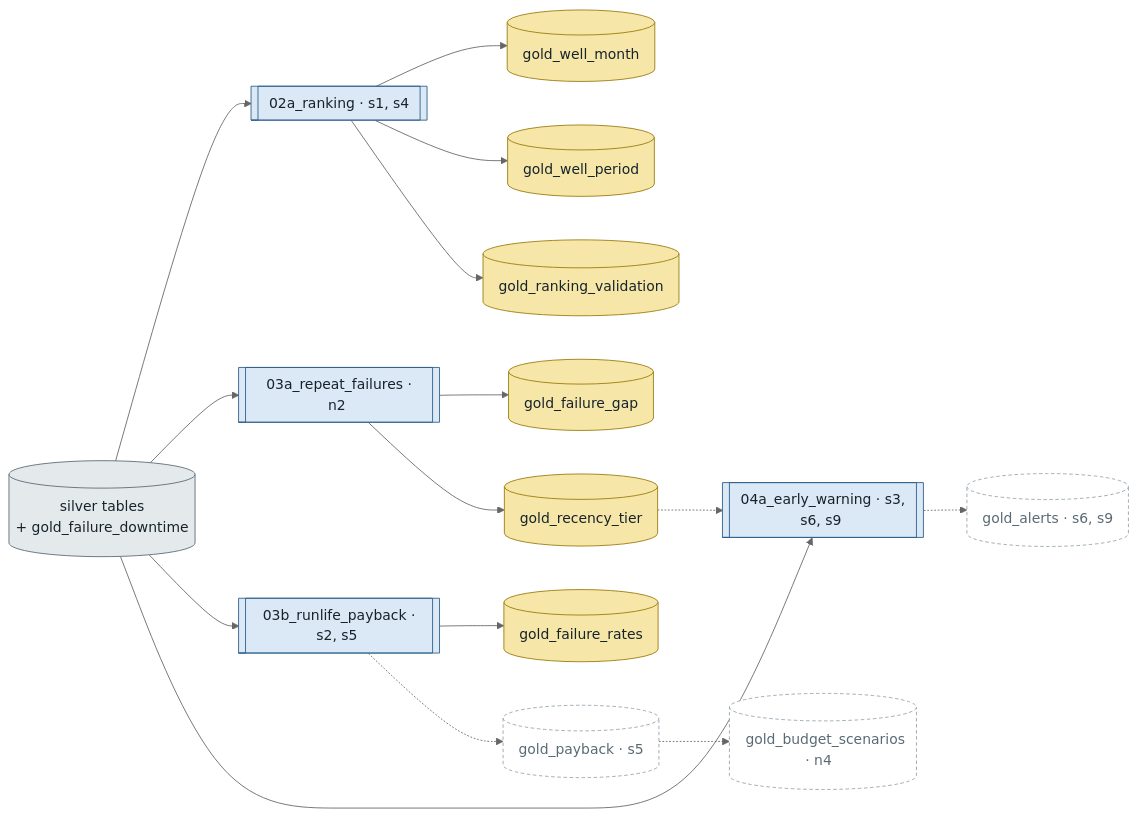
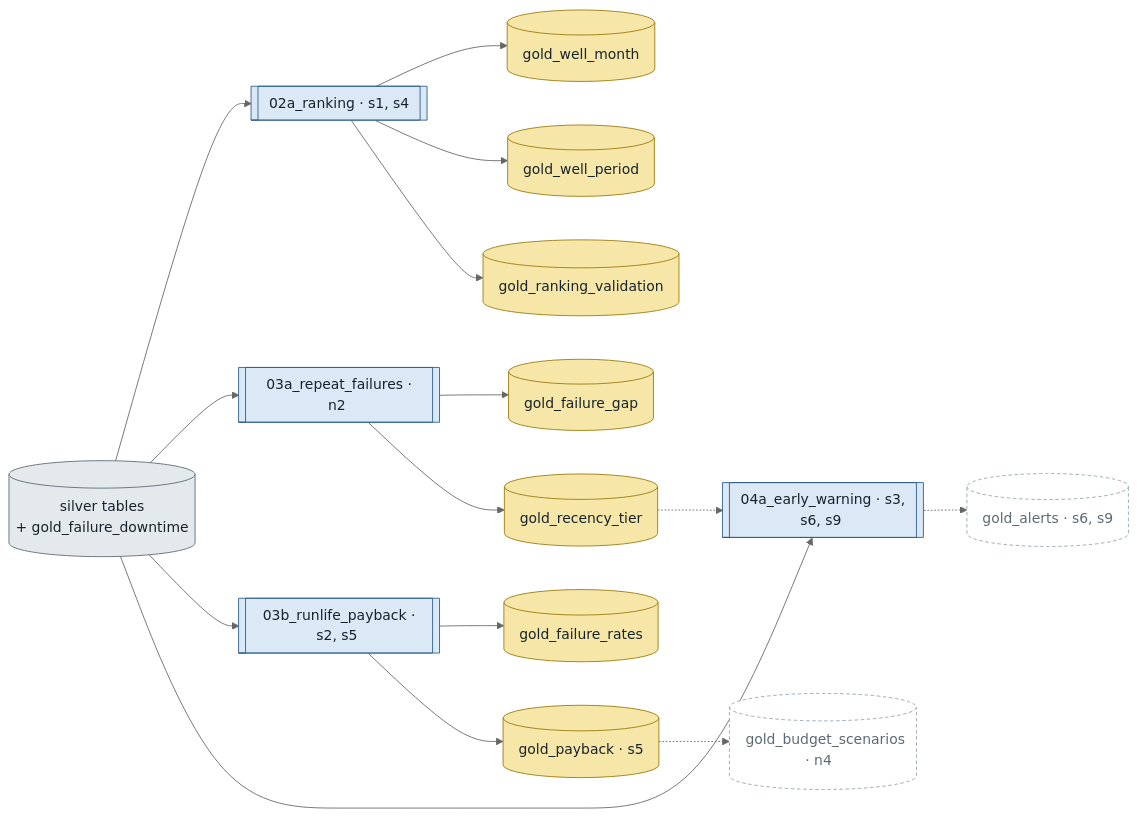
The third of 4 diagrams in docs/notebooks_and_data_flow.md (Angie629/dsmlc2026), drawn with Mermaid (neutral theme) before and after one commit. The commit also changed other lines of this file and 4 other files, not shown here.

````diff
--- a/docs/notebooks_and_data_flow.md
+++ b/docs/notebooks_and_data_flow.md
@@ -129,31 +129,31 @@
 ```mermaid
 flowchart LR
   classDef silver fill:#e4e9ec,stroke:#5a6a74,color:#17232b
   classDef gold fill:#f6e7a8,stroke:#9a7a0a,color:#17232b
   classDef nb fill:#dbe8f5,stroke:#2c5d8a,color:#17232b
   classDef planned fill:#ffffff,stroke:#93a3ad,color:#5a6a74,stroke-dasharray: 4 3
 
   SIL[("#nbsp;#nbsp;silver tables#nbsp;#nbsp;<br>+ gold_failure_downtime")]:::silver
 
   N2[["#nbsp;02a_ranking · s1, s4#nbsp;"]]:::nb
   N3a[["#nbsp;03a_repeat_failures · n2#nbsp;"]]:::nb
   N3b[["#nbsp;03b_runlife_payback · s2, s5#nbsp;"]]:::nb
   N4[["#nbsp;04a_early_warning · s3, s6, s9#nbsp;"]]:::nb
 
   GWM[("#nbsp;#nbsp;gold_well_month#nbsp;#nbsp;")]:::gold
   GWP[("#nbsp;#nbsp;gold_well_period#nbsp;#nbsp;")]:::gold
   GRV[("#nbsp;#nbsp;gold_ranking_validation#nbsp;#nbsp;")]:::gold
   GFG[("#nbsp;#nbsp;gold_failure_gap#nbsp;#nbsp;")]:::gold
   GRT[("#nbsp;#nbsp;gold_recency_tier#nbsp;#nbsp;")]:::gold
   GFR[("#nbsp;#nbsp;gold_failure_rates#nbsp;#nbsp;")]:::gold
-  GPB[("#nbsp;#nbsp;gold_payback · s5#nbsp;#nbsp;")]:::planned
+  GPB[("#nbsp;#nbsp;gold_payback · s5#nbsp;#nbsp;")]:::gold
   GBS[("#nbsp;#nbsp;gold_budget_scenarios · n4#nbsp;#nbsp;")]:::planned
   GAL[("#nbsp;#nbsp;gold_alerts · s6, s9#nbsp;#nbsp;")]:::planned
 
   SIL --> N2 --> GWM & GWP & GRV
   SIL --> N3a --> GFG & GRT
   SIL --> N3b --> GFR
-  N3b -.-> GPB -.-> GBS
+  N3b --> GPB -.-> GBS
   SIL --> N4 -.-> GAL
   GRT -.-> N4
 ```
````
